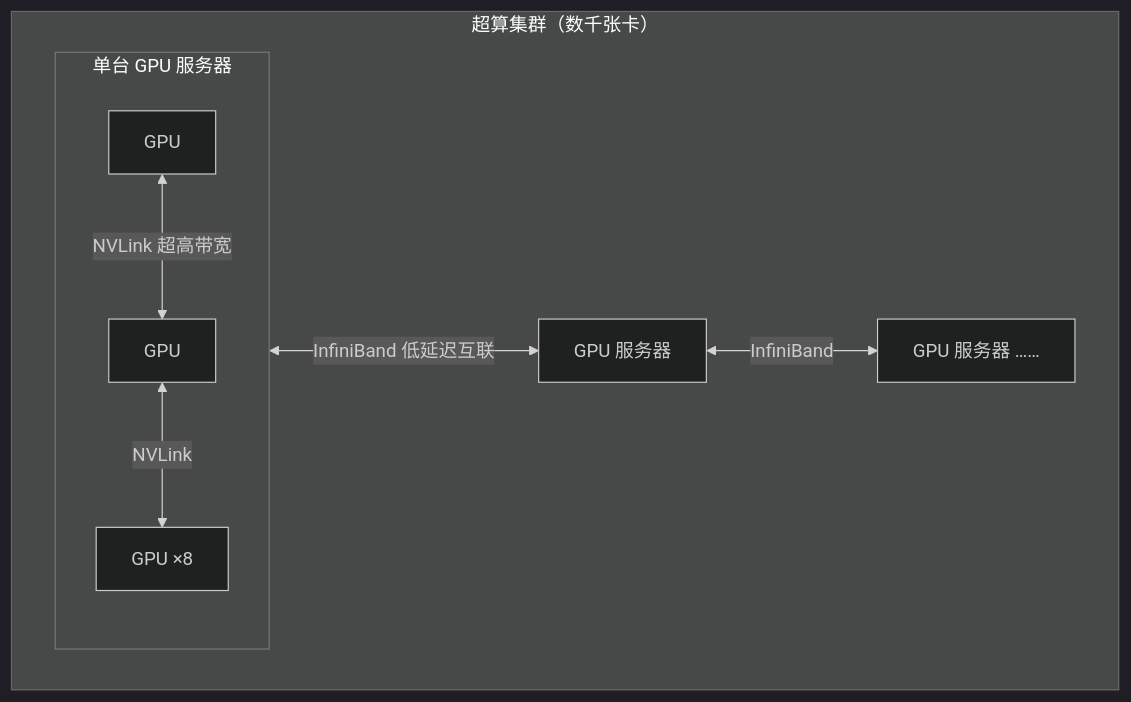
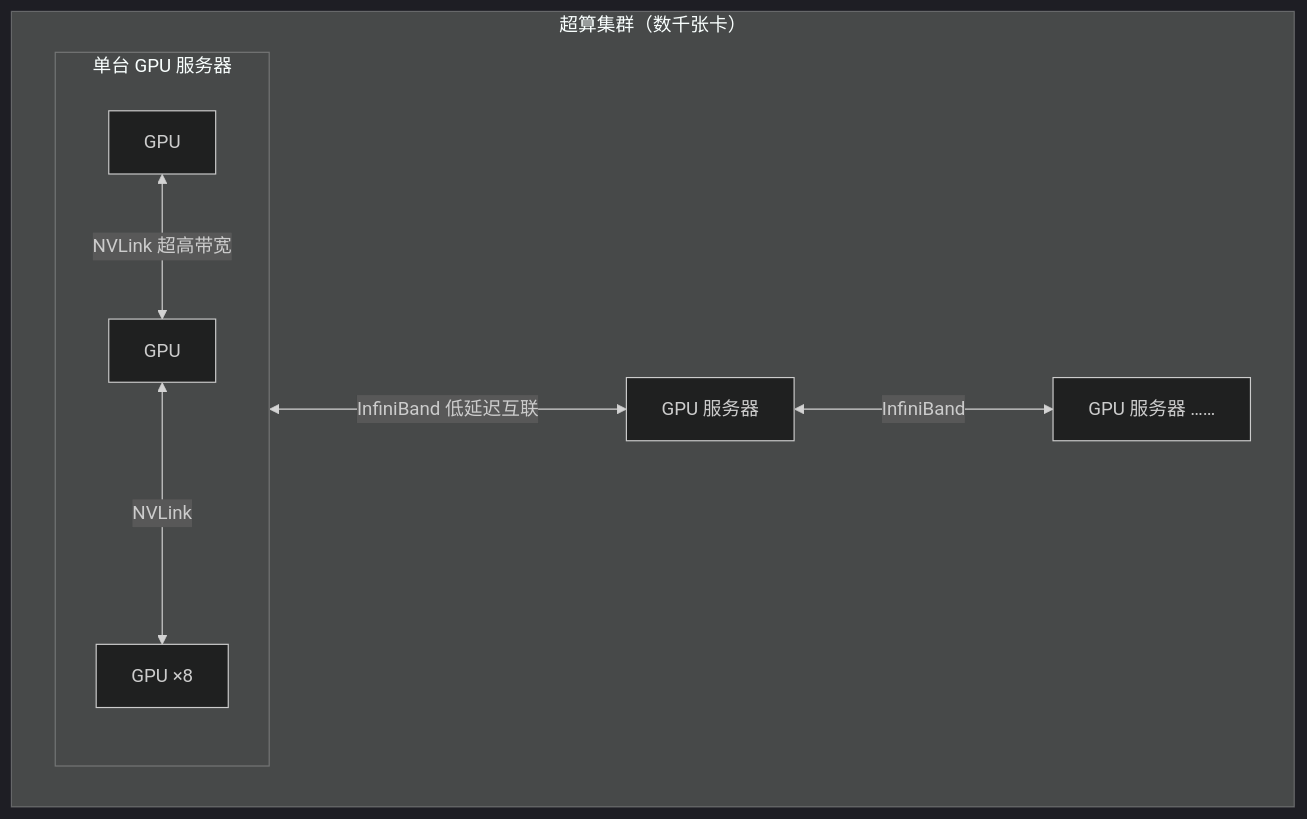
The third of 3 diagrams in docs/atlas/chatgpt.mdx (koosai/AI-Architect-Learning), drawn with Mermaid (dark theme) before and after one commit. The commit also changed 68 other files, not shown here.

Commit message:
fix(atlas): fix browser client-side Mermaid rendering for mindmaps and flowcharts across 67 case studies

````diff
--- a/docs/atlas/chatgpt.mdx
+++ b/docs/atlas/chatgpt.mdx
@@ -170,11 +170,11 @@
 ```mermaid
 flowchart TB
   subgraph Node["单台 GPU 服务器"]
     G1["GPU"] <-->|"NVLink 超高带宽"| G2["GPU"]
-    G2 <-->|"NVLink"| G3["GPU ×8"]
+    G2 <--->|"NVLink"| G3["GPU ×8"]
   end
   subgraph Cluster["超算集群（数千张卡）"]
-    Node <-->|"InfiniBand 低延迟互联"| Node2["GPU 服务器"]
-    Node2 <-->|"InfiniBand"| Node3["GPU 服务器 ……"]
+    Node <--->|"InfiniBand 低延迟互联"| Node2["GPU 服务器"]
+    Node2 <--->|"InfiniBand"| Node3["GPU 服务器 ……"]
   end
 ```
````
